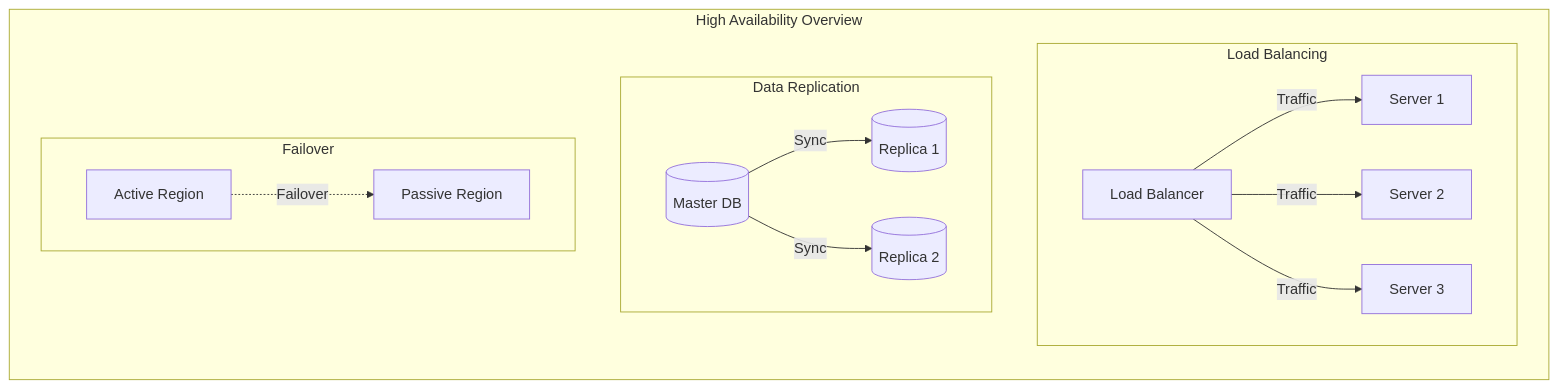
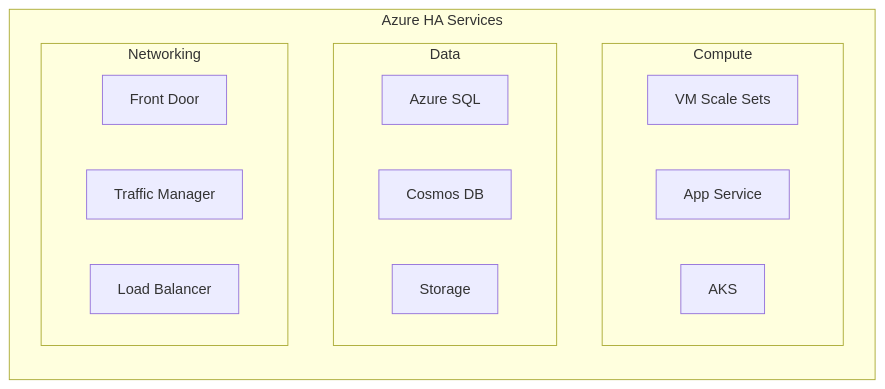
The sixth of 7 diagrams in src/High_Availability_Design.md (saravanakumarrc/Architecture_Journey), drawn with Mermaid before and after one commit. The commit also changed other lines of this file and 3 other files, not shown here.

Commit message:
Enhance documentation for High Availability Design and System Design Principles, adding detailed Azure implementation patterns, examples, and mermaid diagrams for clarity and better understanding.

````diff
--- a/src/High_Availability_Design.md
+++ b/src/High_Availability_Design.md
@@ -539,30 +508,24 @@
 ```mermaid
 graph TB
-    subgraph "High Availability Overview"
+    subgraph "Azure HA Services"
         direction TB
         
-        subgraph "Load Balancing"
-            LB[Load Balancer]
-            S1[Server 1]
-            S2[Server 2]
-            S3[Server 3]
-            LB -->|Traffic| S1
-            LB -->|Traffic| S2
-            LB -->|Traffic| S3
+        subgraph "Compute"
+            VMSS[VM Scale Sets]
+            APP[App Service]
+            AKS[AKS]
         end
         
-        subgraph "Data Replication"
-            M[(Master DB)]
-            R1[(Replica 1)]
-            R2[(Replica 2)]
-            M -->|Sync| R1
-            M -->|Sync| R2
+        subgraph "Data"
+            SQL[Azure SQL]
+            COSMOS[Cosmos DB]
+            STORAGE[Storage]
         end
         
-        subgraph "Failover"
-            A[Active Region]
-            P[Passive Region]
-            A -.->|Failover| P
+        subgraph "Networking"
+            AFD[Front Door]
+            ATM[Traffic Manager]
+            ALB[Load Balancer]
         end
     end
 ```
````
